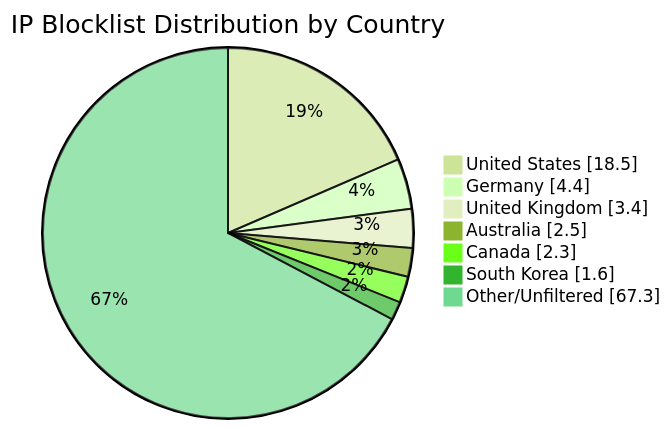
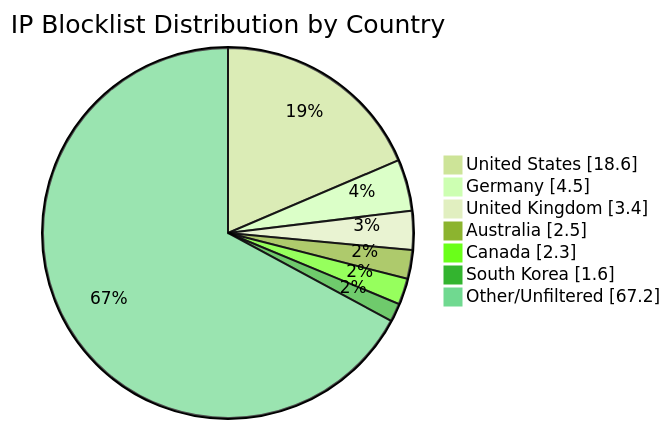
Before and after one commit to MarcusHoltz/ipblocklist-geofiltered-aggregator: the diagram in README.md, drawn with Mermaid (forest theme). The commit also changed other lines of this file and 9 other files, not shown here.

````diff
--- a/README.md
+++ b/README.md
@@ -34,10 +34,10 @@
 ```mermaid
 pie showData title IP Blocklist Distribution by Country
-"United States" : 18.5
-"Germany" : 4.4
+"United States" : 18.6
+"Germany" : 4.5
 "United Kingdom" : 3.4
 "Australia" : 2.5
 "Canada" : 2.3
 "South Korea" : 1.6
-"Other/Unfiltered" : 67.3
+"Other/Unfiltered" : 67.2
 ```
````
